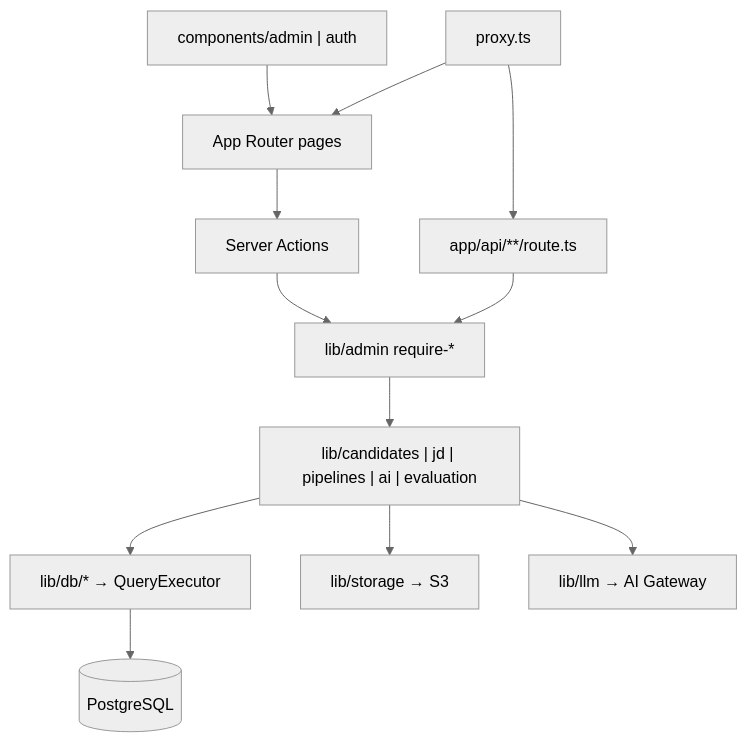
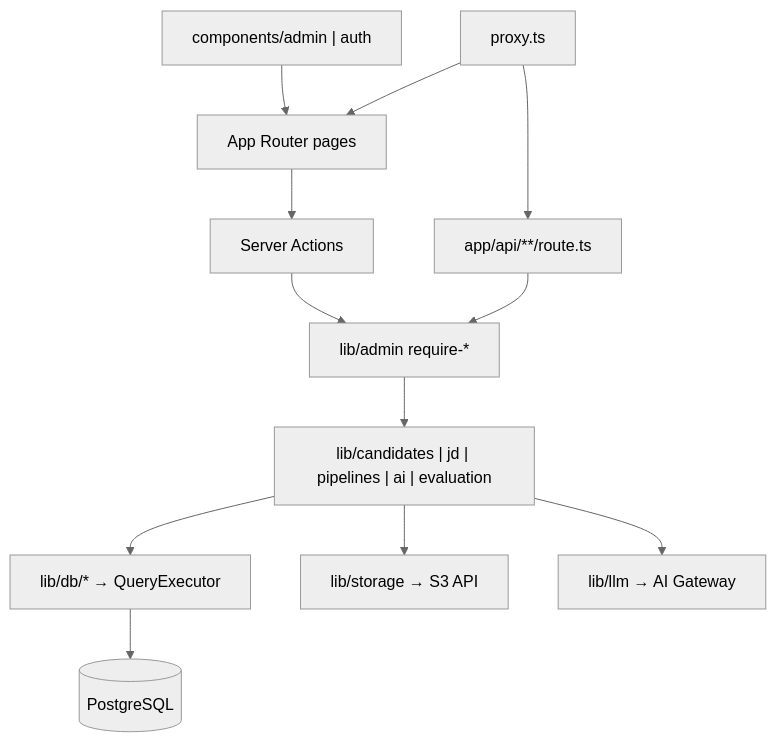
One commit to zen8labs-hackathon/SmartHire changed the fourth of 9 diagrams in docs/architecture.md. Above: the diagram before and after it, drawn with Mermaid (neutral theme). The commit also changed other lines of this file and 3 other files, not shown here.

First line of the commit message:
Add EC2 auto-deploy workflow and update architecture docs.

````diff
--- a/docs/architecture.md
+++ b/docs/architecture.md
@@ -96,26 +143,26 @@
 ```mermaid
 flowchart TB
   UI["components/admin | auth"]
   Pages["App Router pages"]
   SA["Server Actions"]
   API["app/api/**/route.ts"]
   Proxy["proxy.ts"]
   Guards["lib/admin require-*"]
   Domain["lib/candidates | jd | pipelines | ai | evaluation"]
   Repo["lib/db/* → QueryExecutor"]
-  Store["lib/storage → S3"]
+  Store["lib/storage → S3 API"]
   Llm["lib/llm → AI Gateway"]
   PG[(PostgreSQL)]
 
   Proxy --> Pages
   Proxy --> API
   UI --> Pages
   Pages --> SA
   SA --> Guards
   API --> Guards
   Guards --> Domain
   Domain --> Repo
   Domain --> Store
   Domain --> Llm
   Repo --> PG
 ```
````
